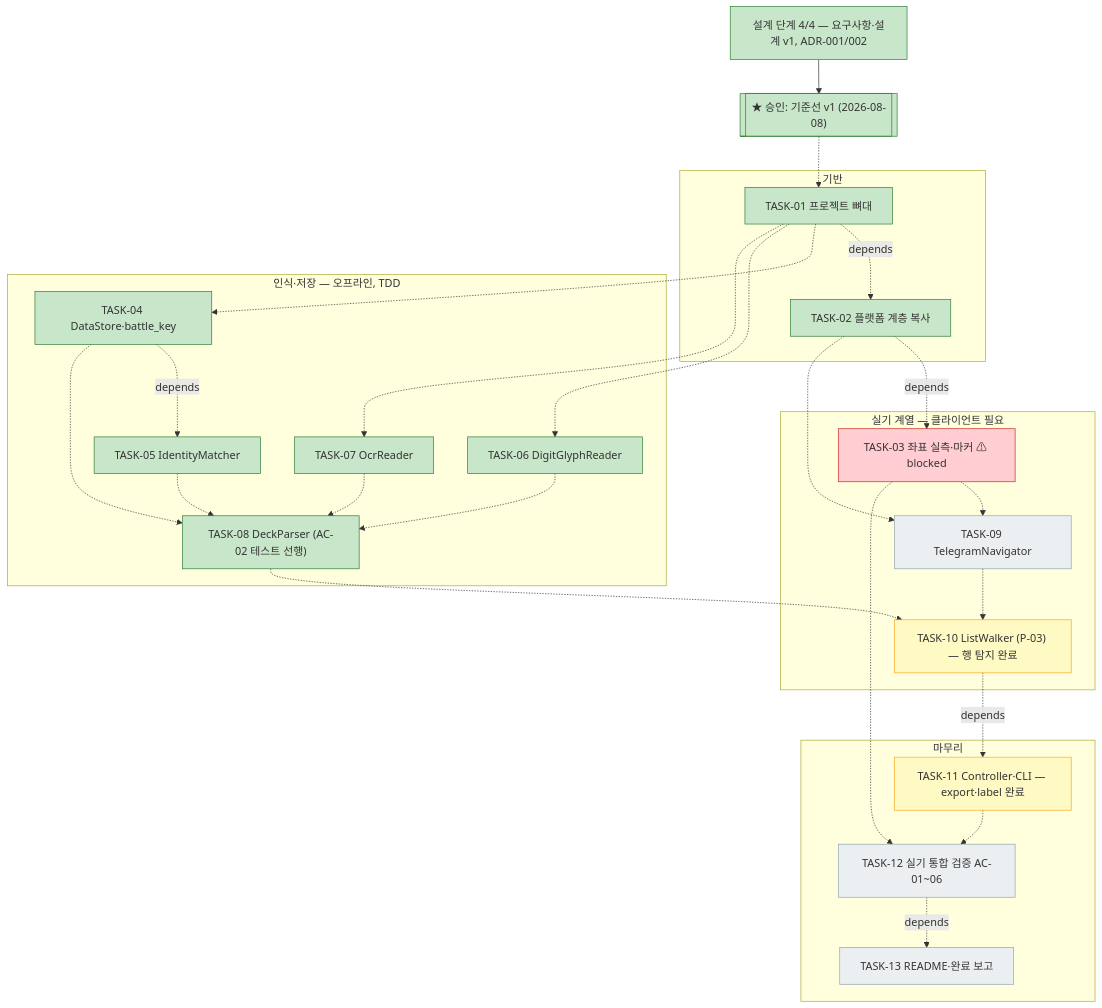
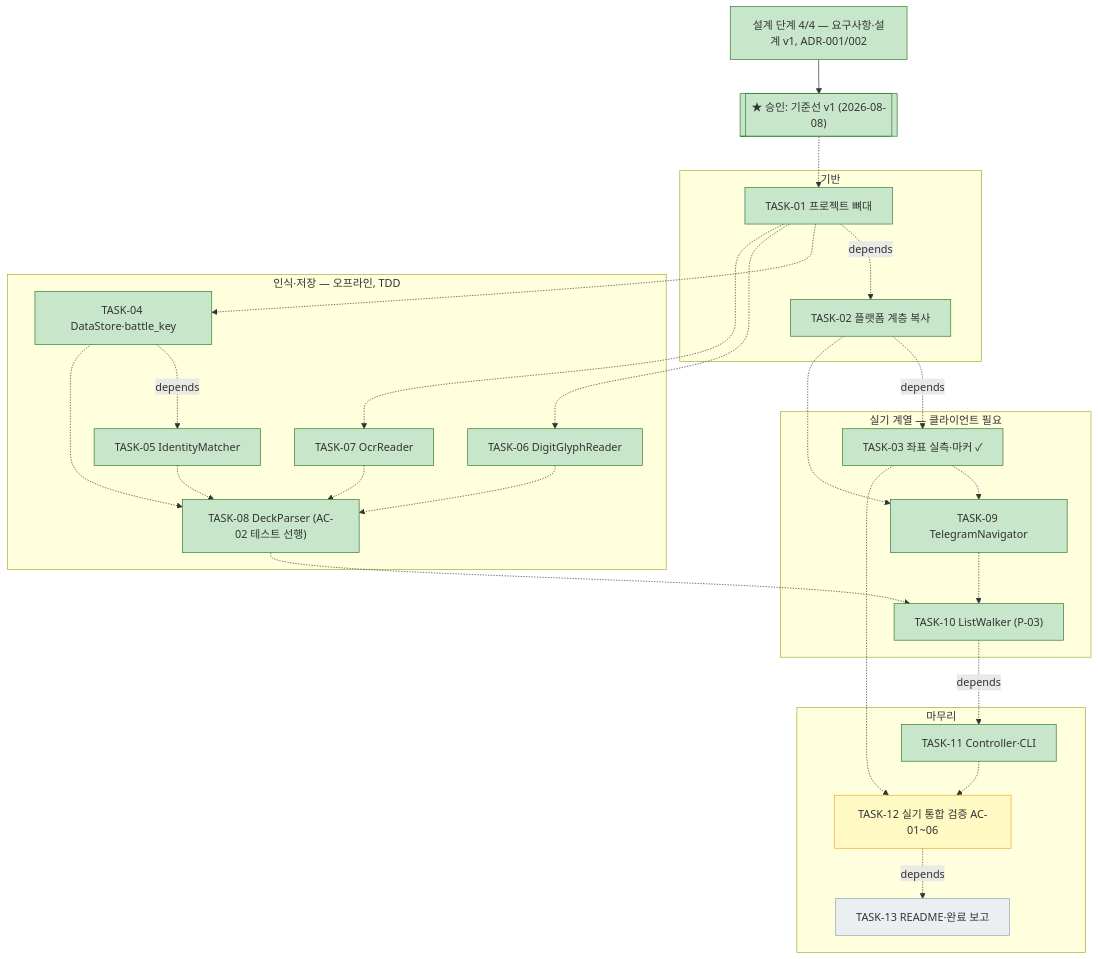
One commit to bluesky5008/sgz_statiz changed the diagram in docs/work/20260808-telegram-deck-extract/plan.md. Above: the diagram before and after it, drawn with Mermaid. The commit also changed other lines of this file and 129 other files, not shown here.

````diff
--- a/docs/work/20260808-telegram-deck-extract/plan.md
+++ b/docs/work/20260808-telegram-deck-extract/plan.md
@@ -66,50 +66,50 @@
 ```mermaid
 flowchart TD
     D0["설계 단계 4/4 — 요구사항·설계 v1, ADR-001/002"]:::done
     APR[["★ 승인: 기준선 v1 (2026-08-08)"]]:::done
     D0 --> APR
     subgraph G1["기반"]
         T01["TASK-01 프로젝트 뼈대"]:::done
         T02["TASK-02 플랫폼 계층 복사"]:::done
     end
     subgraph G2["인식·저장 — 오프라인, TDD"]
         T04["TASK-04 DataStore·battle_key"]:::done
         T05["TASK-05 IdentityMatcher"]:::done
         T06["TASK-06 DigitGlyphReader"]:::done
         T07["TASK-07 OcrReader"]:::done
         T08["TASK-08 DeckParser (AC-02 테스트 선행)"]:::done
     end
     subgraph G3["실기 계열 — 클라이언트 필요"]
-        T03["TASK-03 좌표 실측·마커 ⚠ blocked"]:::blocked
-        T09["TASK-09 TelegramNavigator"]:::todo
-        T10["TASK-10 ListWalker (P-03) — 행 탐지 완료"]:::active
+        T03["TASK-03 좌표 실측·마커 ✓"]:::done
+        T09["TASK-09 TelegramNavigator"]:::done
+        T10["TASK-10 ListWalker (P-03)"]:::done
     end
     subgraph G4["마무리"]
-        T11["TASK-11 Controller·CLI — export·label 완료"]:::active
-        T12["TASK-12 실기 통합 검증 AC-01~06"]:::todo
+        T11["TASK-11 Controller·CLI"]:::done
+        T12["TASK-12 실기 통합 검증 AC-01~06"]:::active
         T13["TASK-13 README·완료 보고"]:::todo
     end
     APR -.-> T01
     T01 -. depends .-> T02
     T02 -. depends .-> T03
     T01 -.-> T04
     T01 -.-> T06
     T01 -.-> T07
     T04 -. depends .-> T05
     T04 -.-> T08
     T05 -.-> T08
     T06 -.-> T08
     T07 -.-> T08
     T02 -.-> T09
     T03 -.-> T09
     T08 -.-> T10
     T09 -.-> T10
     T10 -. depends .-> T11
     T03 -.-> T12
     T11 -.-> T12
     T12 -. depends .-> T13
     classDef done fill:#c8e6c9,stroke:#2e7d32
     classDef active fill:#fff9c4,stroke:#f9a825
     classDef todo fill:#eceff1,stroke:#90a4ae
     classDef blocked fill:#ffcdd2,stroke:#c62828
 ```
````
